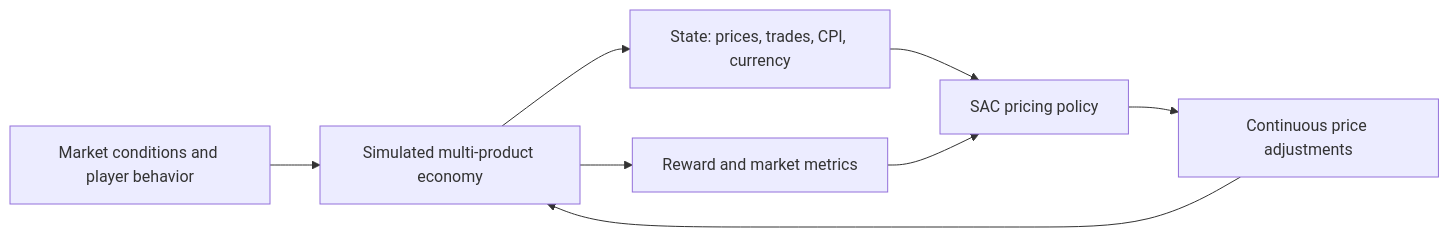
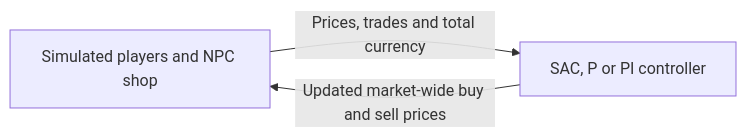
One commit to evanchang1217/Soft-actor-critic-dynamic-pricing changed the diagram in README.md. Above: the diagram before and after it, drawn with Mermaid. The commit also changed other lines of this file and 221 other files, not shown here.

First line of the commit message:
Build SAC pricing system with research evaluations and demo

````diff
--- a/README.md
+++ b/README.md
@@ -21,10 +20,5 @@
 ```mermaid
 flowchart LR
-    A[Market conditions and player behavior] --> B[Simulated multi-product economy]
-    B --> C[State: prices, trades, CPI, currency]
-    C --> D[SAC pricing policy]
-    D --> E[Continuous price adjustments]
-    E --> B
-    B --> F[Reward and market metrics]
-    F --> D
+    M[Simulated players and NPC shop] -->|Prices, trades and total currency| C[SAC, P or PI controller]
+    C -->|Updated market-wide buy and sell prices| M
 ```
````
